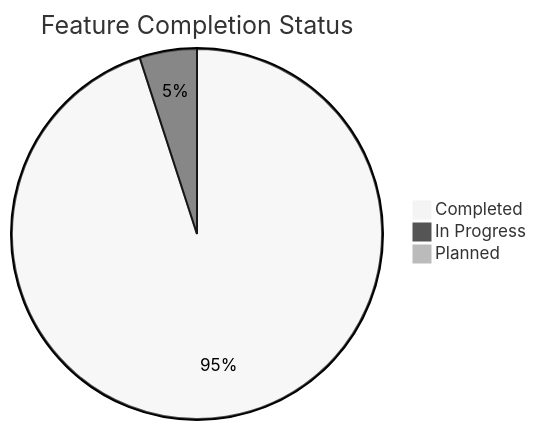
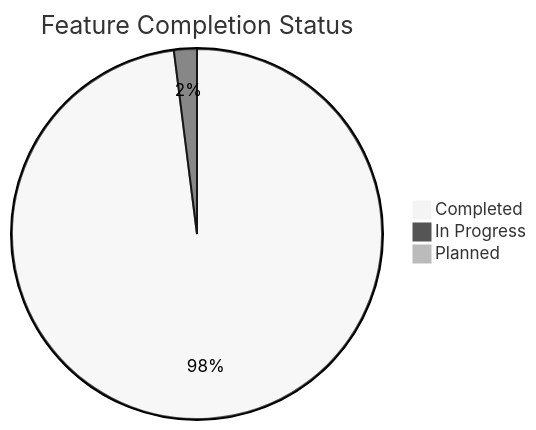
Before and after one commit to mrj0nesmtl/cloud-burst: the second of 2 diagrams in docs/planning/roadmap.md, drawn with Mermaid (neutral theme). The commit also changed other lines of this file and 24 other files, not shown here.

````diff
--- a/docs/planning/roadmap.md
+++ b/docs/planning/roadmap.md
@@ -258,6 +258,6 @@
 ```mermaid
 pie title Feature Completion Status
-    "Completed" : 95
-    "In Progress" : 5
+    "Completed" : 98
+    "In Progress" : 2
     "Planned" : 0
 ```
````
